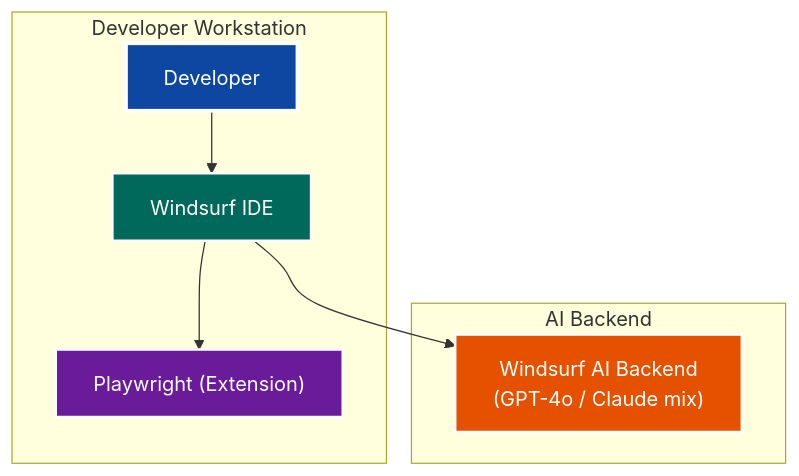
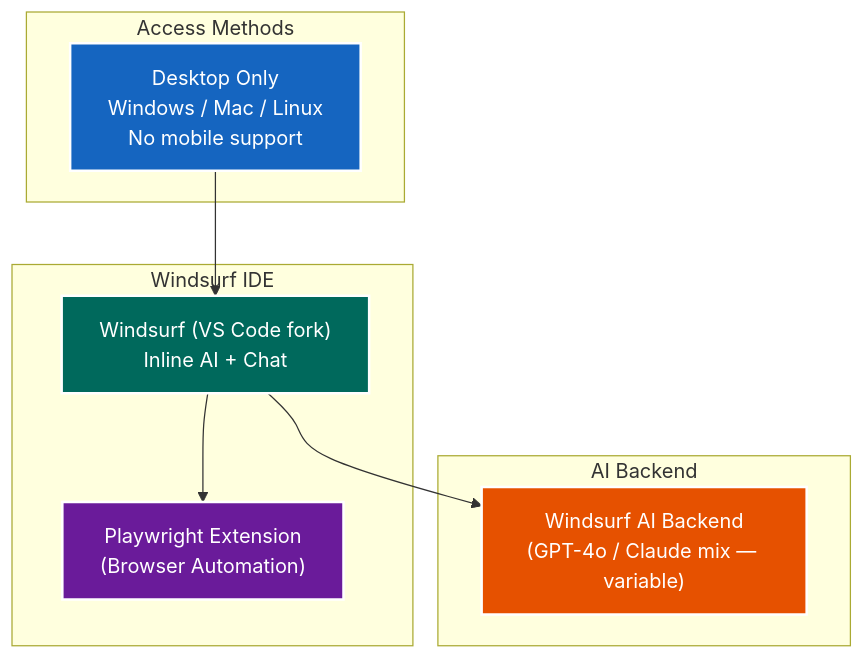
Before and after one commit to adourish/whitepapers: the fourth of 8 diagrams in 01_Projects/TEG-AoA-AI-Coding-Tools-v1.0.md, drawn with Mermaid. The commit also changed other lines of this file, not shown here.

First line of the commit message:
Add mobile access, plans/skills criteria, update all diagrams to show access modes

````diff
--- a/01_Projects/TEG-AoA-AI-Coding-Tools-v1.0.md
+++ b/01_Projects/TEG-AoA-AI-Coding-Tools-v1.0.md
@@ -282,21 +294,24 @@
 ```mermaid
 graph TD
-    subgraph "Developer Workstation"
-        Dev["Developer"]
-        WS["Windsurf IDE"]
-        PW2["Playwright (Extension)"]
+    subgraph "Access Methods"
+        DESKW["Desktop Only\nWindows / Mac / Linux\nNo mobile support"]
+    end
+
+    subgraph "Windsurf IDE"
+        WS["Windsurf (VS Code fork)\nInline AI + Chat"]
+        PW2["Playwright Extension\n(Browser Automation)"]
     end
 
     subgraph "AI Backend"
-        WSAPI["Windsurf AI Backend\n(GPT-4o / Claude mix)"]
+        WSAPI["Windsurf AI Backend\n(GPT-4o / Claude mix — variable)"]
     end
 
-    Dev --> WS
+    DESKW --> WS
     WS --> WSAPI
     WS --> PW2
 
-    style Dev fill:#0d47a1,stroke:#ffffff,stroke-width:3px,color:#ffffff
+    style DESKW fill:#1565c0,stroke:#ffffff,stroke-width:2px,color:#ffffff
     style WS fill:#00695c,stroke:#ffffff,stroke-width:2px,color:#ffffff
     style WSAPI fill:#e65100,stroke:#ffffff,stroke-width:2px,color:#ffffff
     style PW2 fill:#6a1b9a,stroke:#ffffff,stroke-width:2px,color:#ffffff
 ```
````
